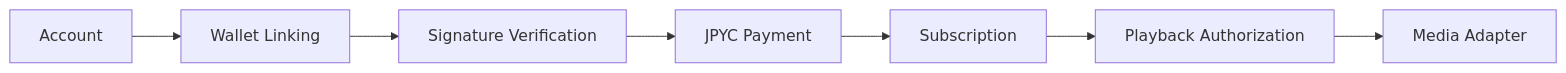
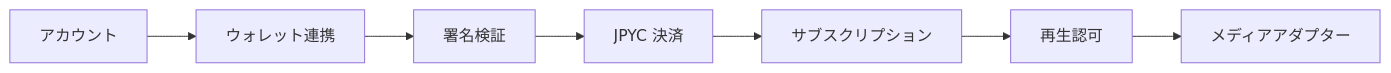
One commit to ShigeichiroYamasaki/creator-first-platform changed the fourth of 5 diagrams in docs/protocol/index.md. Above: the diagram before and after it, drawn with Mermaid. The commit also changed other lines of this file and 72 other files, not shown here.

````diff
--- a/docs/protocol/index.md
+++ b/docs/protocol/index.md
@@ -479,12 +479,12 @@
 ```mermaid
 flowchart LR
-    ACCOUNT[Account]
-    WALLET[Wallet Linking]
-    AUTH[Signature Verification]
-    JPYC[JPYC Payment]
-    SUB[Subscription]
-    ACCESS[Playback Authorization]
-    MEDIA[Media Adapter]
+    ACCOUNT[アカウント]
+    WALLET[ウォレット連携]
+    AUTH[署名検証]
+    JPYC[JPYC 決済]
+    SUB[サブスクリプション]
+    ACCESS[再生認可]
+    MEDIA[メディアアダプター]
 
     ACCOUNT --> WALLET --> AUTH --> JPYC --> SUB --> ACCESS --> MEDIA
 ```
````
